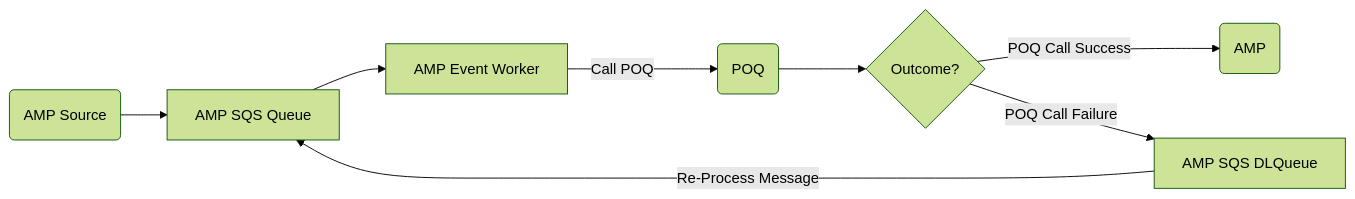
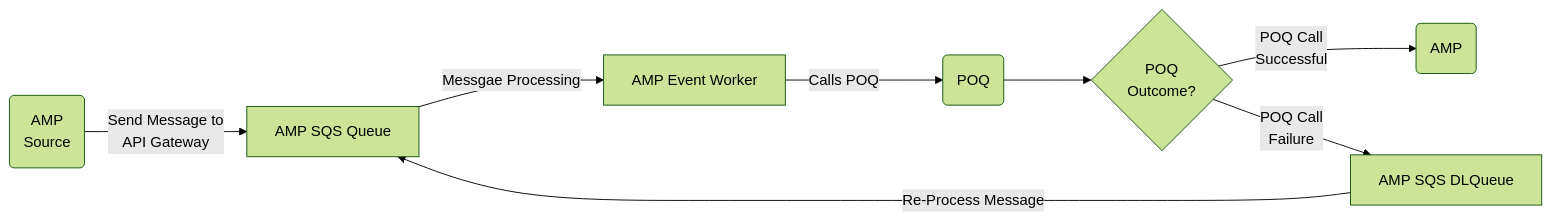
The first of 3 diagrams in README.md (travellingcoderr/travellingcoderr), drawn with Mermaid (forest theme) before and after one commit. The commit also changed other lines of this file, not shown here.

````diff
--- a/README.md
+++ b/README.md
@@ -2,12 +4,12 @@
 ```mermaid
 graph LR
 
-A(AMP Source)
-A --> B[AMP SQS Queue]
-B --> C[AMP Event Worker]
-C -->|Call POQ| D(POQ)
-D -->E{Outcome?}
-E -->|POQ Call Success| F(AMP)
-E -->|POQ Call Failure| G[AMP SQS DLQueue]
+A(AMP <br /> Source)
+A -->|Send Message to <br/> API Gateway| B[AMP SQS Queue]
+B -->|Messgae Processing| C[AMP Event Worker]
+C -->|Calls POQ| D(POQ)
+D -->E{POQ <br /> Outcome?}
+E -->|POQ Call <br />Successful| F(AMP)
+E -->|POQ Call <br />Failure| G[AMP SQS DLQueue]
 G -->|Re-Process Message| B[AMP SQS Queue]
 ```
````
